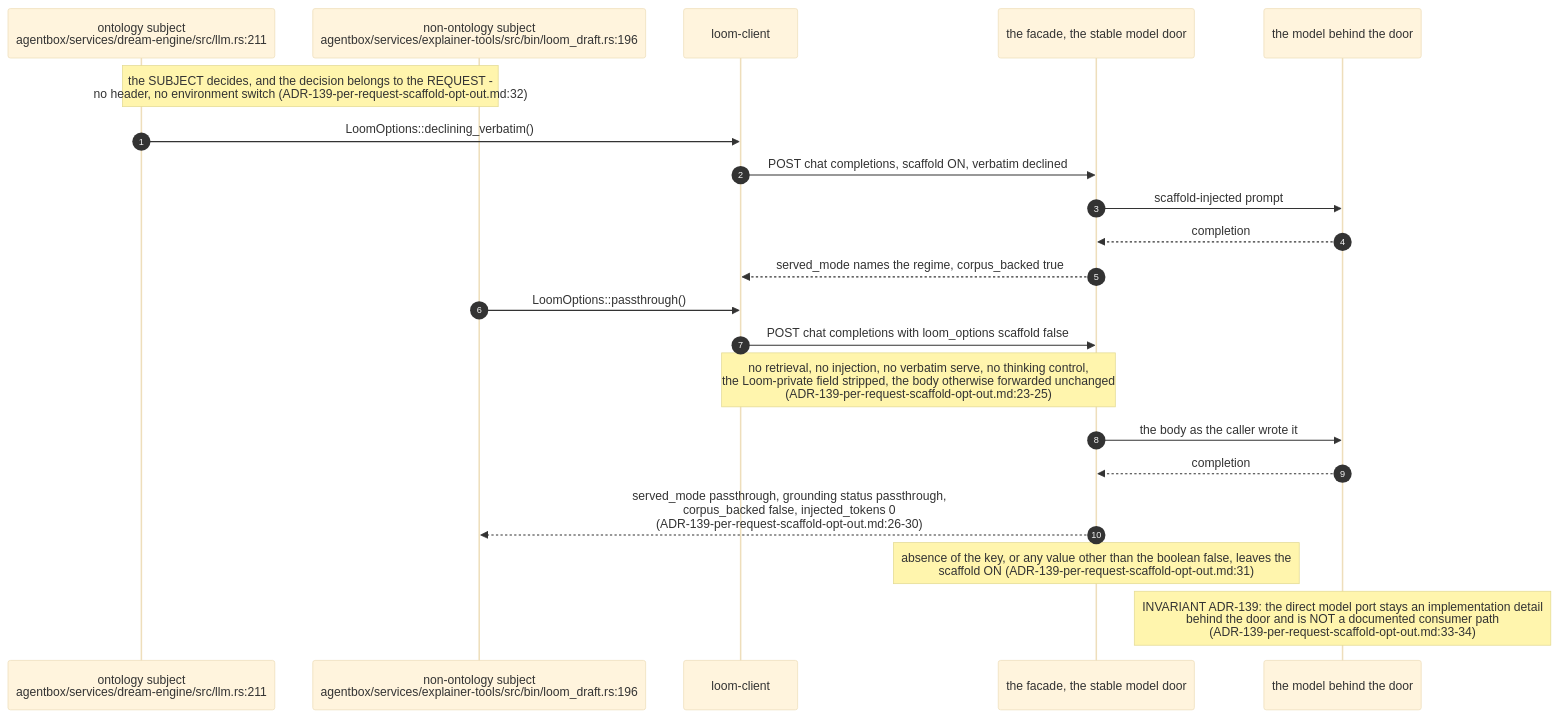
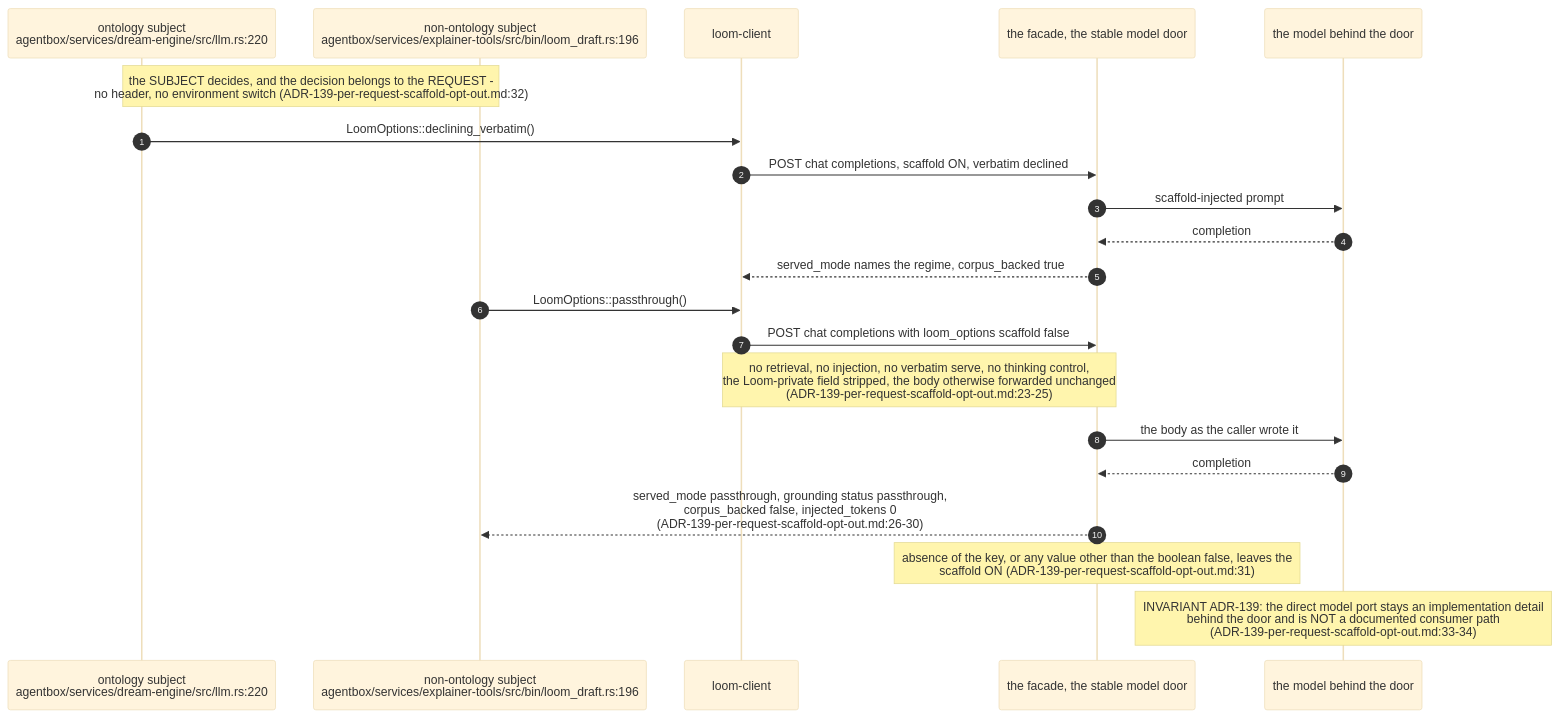
One commit to DreamLab-AI/VisionFlow changed the tenth of 13 diagrams in docs/diagrams/agentbox/24-loom-facade.md. Above: the diagram before and after it, drawn with Mermaid (base theme). The commit also changed other lines of this file and 111 other files, not shown here.

Commit message:
docs(diagrams): align estate maps with current source

````diff
--- a/docs/diagrams/agentbox/24-loom-facade.md
+++ b/docs/diagrams/agentbox/24-loom-facade.md
@@ -377,24 +377,24 @@
 ```mermaid
 sequenceDiagram
     autonumber
-    participant ONT as ontology subject<br/>agentbox/services/dream-engine/src/llm.rs:211
+    participant ONT as ontology subject<br/>agentbox/services/dream-engine/src/llm.rs:220
     participant CODE as non-ontology subject<br/>agentbox/services/explainer-tools/src/bin/loom_draft.rs:196
     participant CL as loom-client
     participant FAC as the facade, the stable model door
     participant M as the model behind the door
 
     Note over ONT,CODE: the SUBJECT decides, and the decision belongs to the REQUEST -<br/>no header, no environment switch (ADR-139-per-request-scaffold-opt-out.md:32)
     ONT->>CL: LoomOptions::declining_verbatim()
     CL->>FAC: POST chat completions, scaffold ON, verbatim declined
     FAC->>M: scaffold-injected prompt
     M-->>FAC: completion
     FAC-->>CL: served_mode names the regime, corpus_backed true
     CODE->>CL: LoomOptions::passthrough()
     CL->>FAC: POST chat completions with loom_options scaffold false
     Note over CL,FAC: no retrieval, no injection, no verbatim serve, no thinking control,<br/>the Loom-private field stripped, the body otherwise forwarded unchanged<br/>(ADR-139-per-request-scaffold-opt-out.md:23-25)
     FAC->>M: the body as the caller wrote it
     M-->>FAC: completion
     FAC-->>CODE: served_mode passthrough, grounding status passthrough,<br/>corpus_backed false, injected_tokens 0<br/>(ADR-139-per-request-scaffold-opt-out.md:26-30)
     Note over FAC: absence of the key, or any value other than the boolean false, leaves the<br/>scaffold ON (ADR-139-per-request-scaffold-opt-out.md:31)
     Note over M: INVARIANT ADR-139: the direct model port stays an implementation detail<br/>behind the door and is NOT a documented consumer path<br/>(ADR-139-per-request-scaffold-opt-out.md:33-34)
 ```
````
